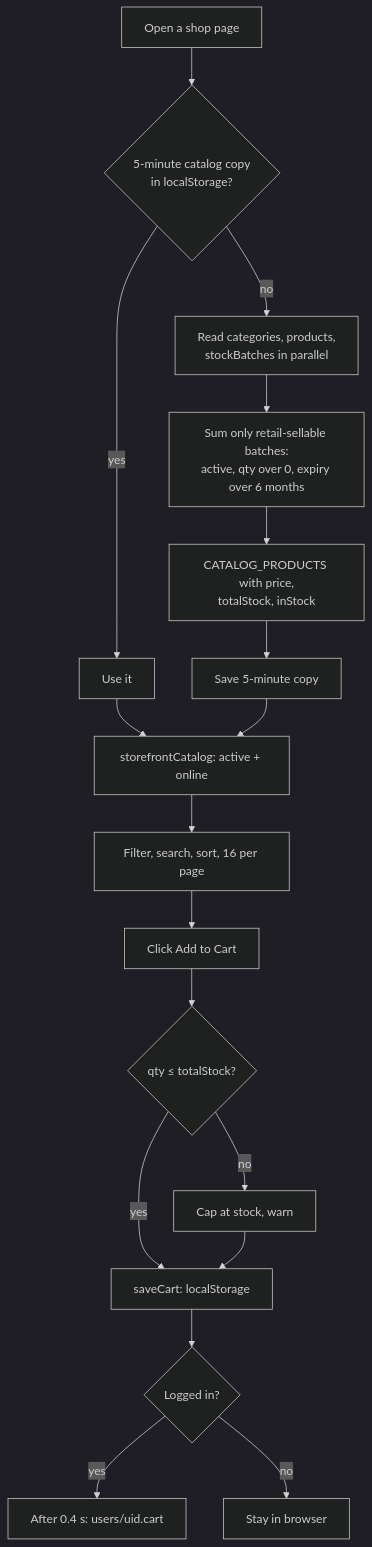
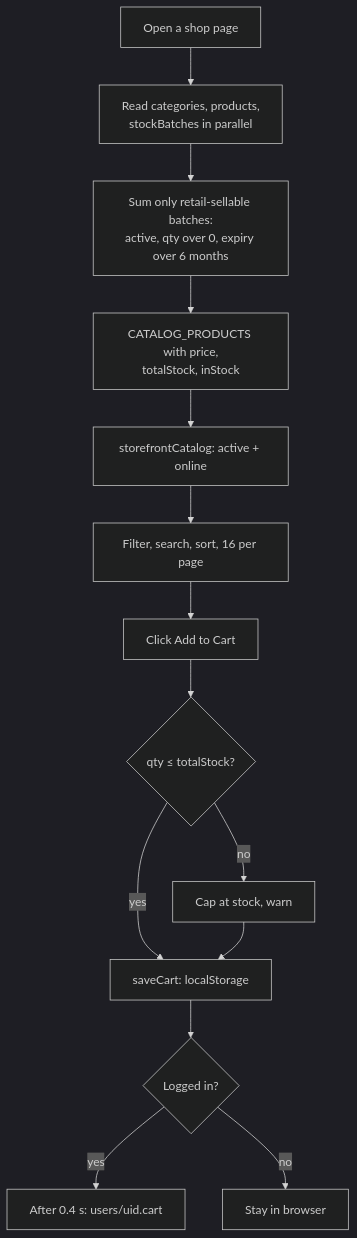
Before and after one commit to phobiaax/Amson: the diagram in study/03-shop-and-cart.md, drawn with Mermaid (dark theme). The commit also changed other lines of this file and 15 other files, not shown here.

````diff
--- a/study/03-shop-and-cart.md
+++ b/study/03-shop-and-cart.md
@@ -122,20 +118,16 @@
 ```mermaid
 flowchart TD
-  A[Open a shop page] --> B{5-minute catalog copy<br/>in localStorage?}
-  B -- yes --> C[Use it]
-  B -- no --> D[Read categories, products,<br/>stockBatches in parallel]
+  A[Open a shop page] --> D[Read categories, products,<br/>stockBatches in parallel]
   D --> E[Sum only retail-sellable batches:<br/>active, qty over 0, expiry over 6 months]
   E --> F[CATALOG_PRODUCTS with price,<br/>totalStock, inStock]
-  F --> G[Save 5-minute copy]
-  C --> H[storefrontCatalog: active + online]
-  G --> H
+  F --> H[storefrontCatalog: active + online]
   H --> I[Filter, search, sort, 16 per page]
   I --> J[Click Add to Cart]
   J --> K{qty ≤ totalStock?}
   K -- no --> K1[Cap at stock, warn]
   K -- yes --> L[saveCart: localStorage]
   K1 --> L
   L --> M{Logged in?}
   M -- yes --> N[After 0.4 s: users/uid.cart]
   M -- no --> O[Stay in browser]
 ```
````
